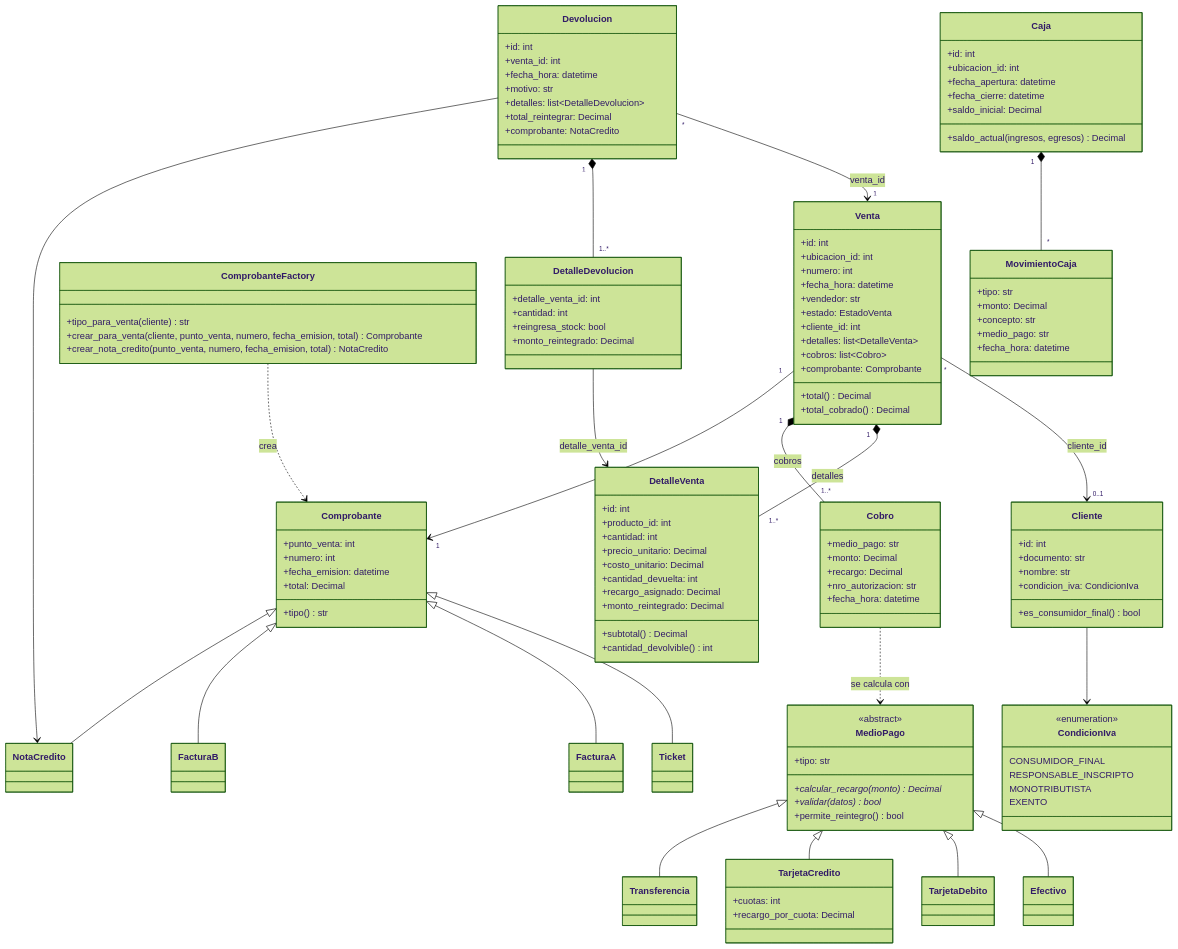
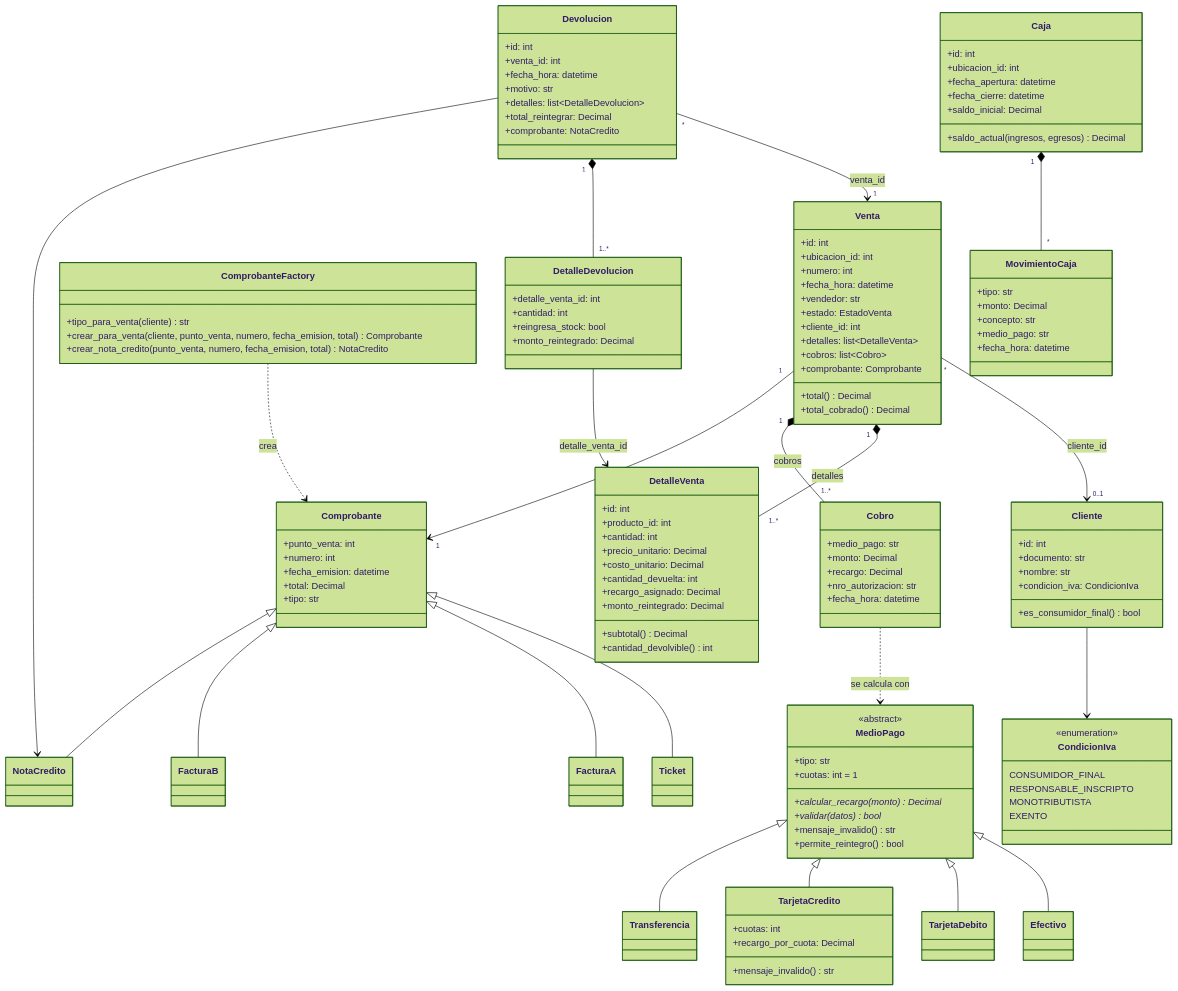
The tenth of 12 diagrams in docs/modelo_dominio.md (joaquin-brachetto/DAO-TP), drawn with Mermaid (forest theme) before and after one commit. The commit also changed other lines of this file and 25 other files, not shown here.

```diff
--- a/docs/modelo_dominio.md
+++ b/docs/modelo_dominio.md
@@ -751,8 +773,10 @@
     class MedioPago {
         <<abstract>>
         +tipo: str
+        +cuotas: int = 1
         +calcular_recargo(monto)* Decimal
         +validar(datos)* bool
+        +mensaje_invalido() str
         +permite_reintegro() bool
     }
     class Efectivo
@@ -760,6 +784,7 @@
     class TarjetaCredito {
         +cuotas: int
         +recargo_por_cuota: Decimal
+        +mensaje_invalido() str
     }
     class Transferencia
 
@@ -768,7 +793,7 @@
         +numero: int
         +fecha_emision: datetime
         +total: Decimal
-        +tipo() str
+        +tipo: str
     }
     class Ticket
     class FacturaA
```
